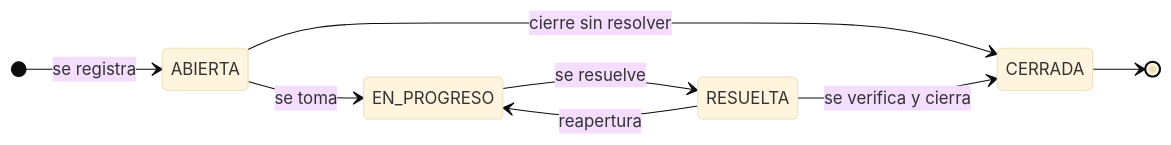
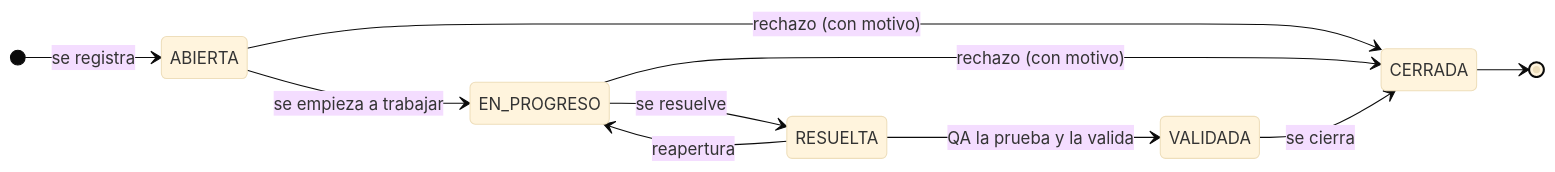
One commit to keylymolinam/software-quality-hub changed the diagram in docs/diagramas/maquina-de-estados.md. Above: the diagram before and after it, drawn with Mermaid (base theme). The commit also changed other lines of this file and 16 other files, not shown here.

````diff
--- a/docs/diagramas/maquina-de-estados.md
+++ b/docs/diagramas/maquina-de-estados.md
@@ -7,16 +13,19 @@
 ```mermaid
 stateDiagram-v2
     direction LR
 
     [*] --> ABIERTA : se registra
 
-    ABIERTA --> EN_PROGRESO : se toma
-    ABIERTA --> CERRADA : cierre sin resolver
+    ABIERTA --> EN_PROGRESO : se empieza a trabajar
+    ABIERTA --> CERRADA : rechazo (con motivo)
 
     EN_PROGRESO --> RESUELTA : se resuelve
+    EN_PROGRESO --> CERRADA : rechazo (con motivo)
 
     RESUELTA --> EN_PROGRESO : reapertura
-    RESUELTA --> CERRADA : se verifica y cierra
+    RESUELTA --> VALIDADA : QA la prueba y la valida
+
+    VALIDADA --> CERRADA : se cierra
 
     CERRADA --> [*]
 ```
````
